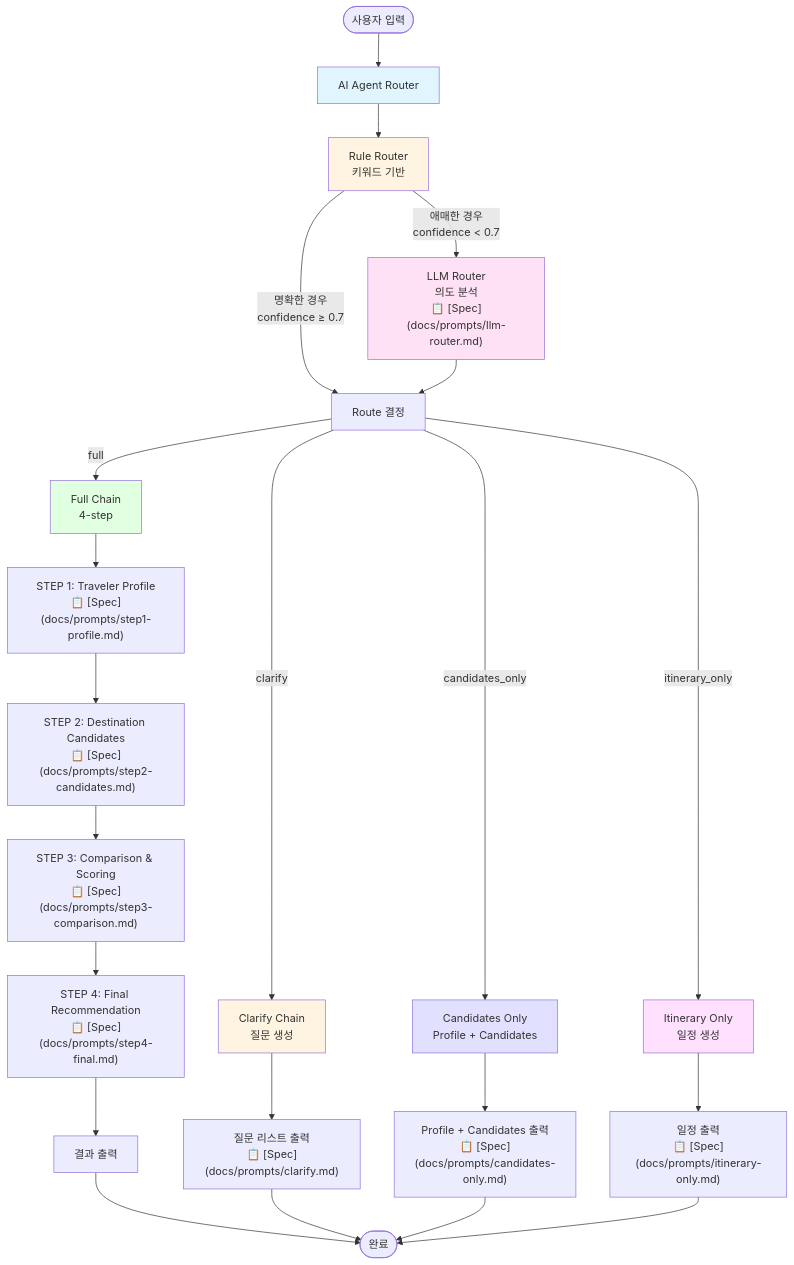
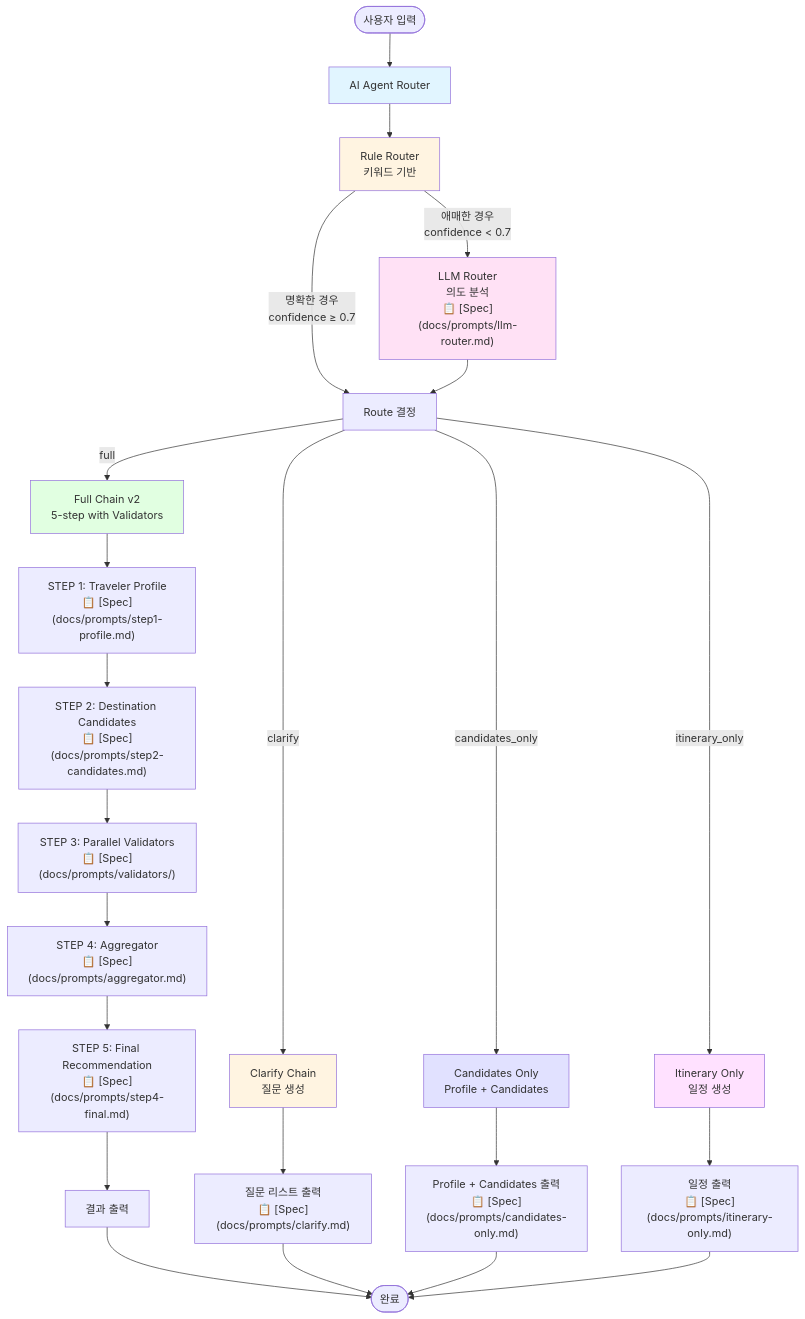
Before and after one commit to amansman77/travel-guide: the first of 2 diagrams in README.md, drawn with Mermaid. The commit also changed other lines of this file and 18 other files, not shown here.

First line of the commit message:
feat: Travel Concierge v2 구현 - Parallel Validators 및 Aggregator 추가

````diff
--- a/README.md
+++ b/README.md
@@ -30,37 +39,38 @@
 ```mermaid
 flowchart TD
     Start([사용자 입력]) --> Router[AI Agent Router]
     
     Router --> RuleRouter[Rule Router<br/>키워드 기반]
     RuleRouter -->|명확한 경우<br/>confidence ≥ 0.7| RouteDecision[Route 결정]
     RuleRouter -->|애매한 경우<br/>confidence < 0.7| LLMRouter["LLM Router<br/>의도 분석<br/>📋 [Spec](docs/prompts/llm-router.md)"]
     LLMRouter --> RouteDecision
     
-    RouteDecision -->|full| FullChain[Full Chain<br/>4-step]
+    RouteDecision -->|full| FullChain[Full Chain v2<br/>5-step with Validators]
     RouteDecision -->|clarify| ClarifyChain[Clarify Chain<br/>질문 생성]
     RouteDecision -->|candidates_only| CandidatesChain[Candidates Only<br/>Profile + Candidates]
     RouteDecision -->|itinerary_only| ItineraryChain[Itinerary Only<br/>일정 생성]
     
     FullChain --> Step1["STEP 1: Traveler Profile<br/>📋 [Spec](docs/prompts/step1-profile.md)"]
     Step1 --> Step2["STEP 2: Destination Candidates<br/>📋 [Spec](docs/prompts/step2-candidates.md)"]
-    Step2 --> Step3["STEP 3: Comparison & Scoring<br/>📋 [Spec](docs/prompts/step3-comparison.md)"]
-    Step3 --> Step4["STEP 4: Final Recommendation<br/>📋 [Spec](docs/prompts/step4-final.md)"]
-    Step4 --> Result1[결과 출력]
+    Step2 --> Step3["STEP 3: Parallel Validators<br/>📋 [Spec](docs/prompts/validators/)"]
+    Step3 --> Step4["STEP 4: Aggregator<br/>📋 [Spec](docs/prompts/aggregator.md)"]
+    Step4 --> Step5["STEP 5: Final Recommendation<br/>📋 [Spec](docs/prompts/step4-final.md)"]
+    Step5 --> Result1[결과 출력]
     
     ClarifyChain --> Result2["질문 리스트 출력<br/>📋 [Spec](docs/prompts/clarify.md)"]
     CandidatesChain --> Result3["Profile + Candidates 출력<br/>📋 [Spec](docs/prompts/candidates-only.md)"]
     ItineraryChain --> Result4["일정 출력<br/>📋 [Spec](docs/prompts/itinerary-only.md)"]
     
     Result1 --> End([완료])
     Result2 --> End
     Result3 --> End
     Result4 --> End
     
     style Router fill:#e1f5ff
     style RuleRouter fill:#fff4e1
     style LLMRouter fill:#ffe1f5
     style FullChain fill:#e1ffe1
     style ClarifyChain fill:#fff4e1
     style CandidatesChain fill:#e1e1ff
     style ItineraryChain fill:#ffe1ff
 ```
````
